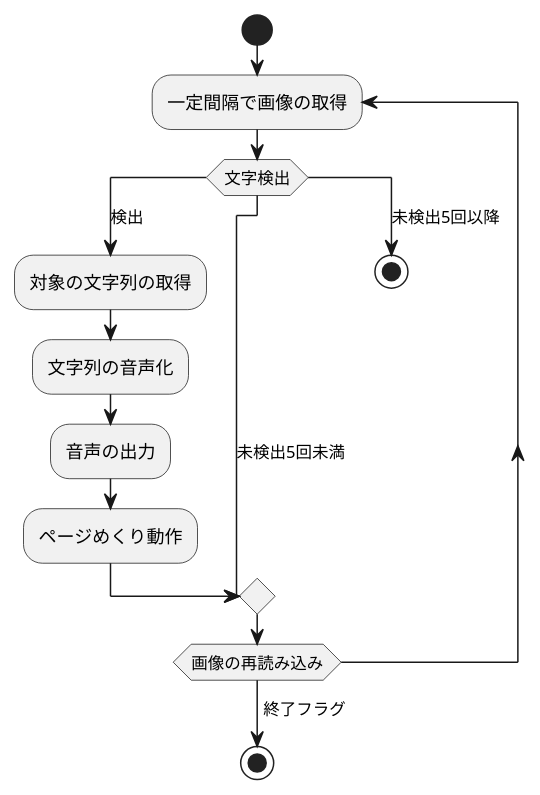
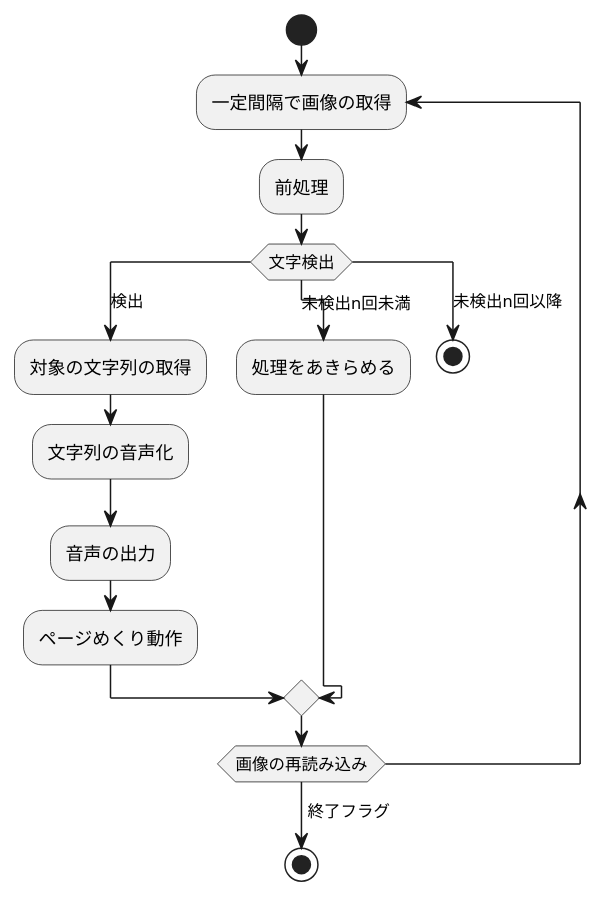
One commit to penguintrainer/OCR changed the fourth of 4 diagrams in doc/SRS.md. Above: the diagram before and after it, drawn with PlantUML. The commit also changed other lines of this file, not shown here.

````diff
--- a/doc/SRS.md
+++ b/doc/SRS.md
@@ -67,20 +69,22 @@
 ```plantuml
 @startuml
 start
 repeat :一定間隔で画像の取得;
+:前処理;
 switch(文字検出)
 case(検出)
 :対象の文字列の取得;
 :文字列の音声化;
 :音声の出力;
 :ページめくり動作;
-case(未検出5回未満)
-case(未検出5回以降)
+case(未検出n回未満)
+:処理をあきらめる;
+case(未検出n回以降)
 stop
 endswitch
 repeat while (画像の再読み込み)
 ->終了フラグ;
 stop
 
 @enduml
 ```
````
